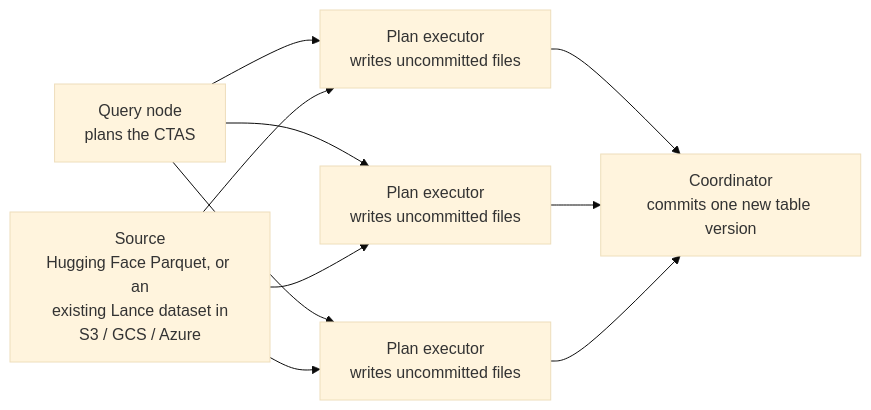
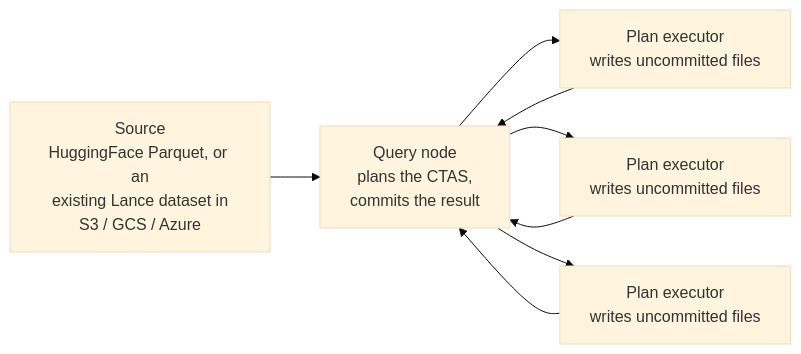
The diagram in docs/web/enterprise/distributed-write.mdx (lancedb/lancedb), drawn with Mermaid (base theme) before and after one commit. The commit also changed other lines of this file and 5 other files, not shown here.

````diff
--- a/docs/web/enterprise/distributed-write.mdx
+++ b/docs/web/enterprise/distributed-write.mdx
@@ -19,19 +20,16 @@
 ```mermaid
 flowchart LR
-    Q["Query node<br/>plans the CTAS"]
-    S["Source<br/>Hugging Face Parquet, or an<br/>existing Lance dataset in<br/>S3 / GCS / Azure"]
+    S["Source<br/>HuggingFace Parquet, or an<br/>existing Lance dataset in<br/>S3 / GCS / Azure"]
+    Q["Query node<br/>plans the CTAS,<br/>commits the result"]
     PE1["Plan executor<br/>writes uncommitted files"]
     PE2["Plan executor<br/>writes uncommitted files"]
     PE3["Plan executor<br/>writes uncommitted files"]
-    C["Coordinator<br/>commits one new table version"]
 
+    S --> Q
     Q --> PE1
     Q --> PE2
     Q --> PE3
-    S --> PE1
-    S --> PE2
-    S --> PE3
-    PE1 --> C
-    PE2 --> C
-    PE3 --> C
+    PE1 --> Q
+    PE2 --> Q
+    PE3 --> Q
 ```
````
